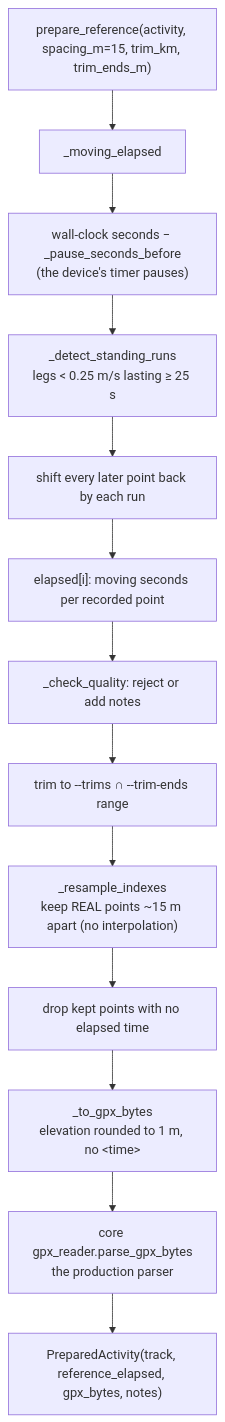
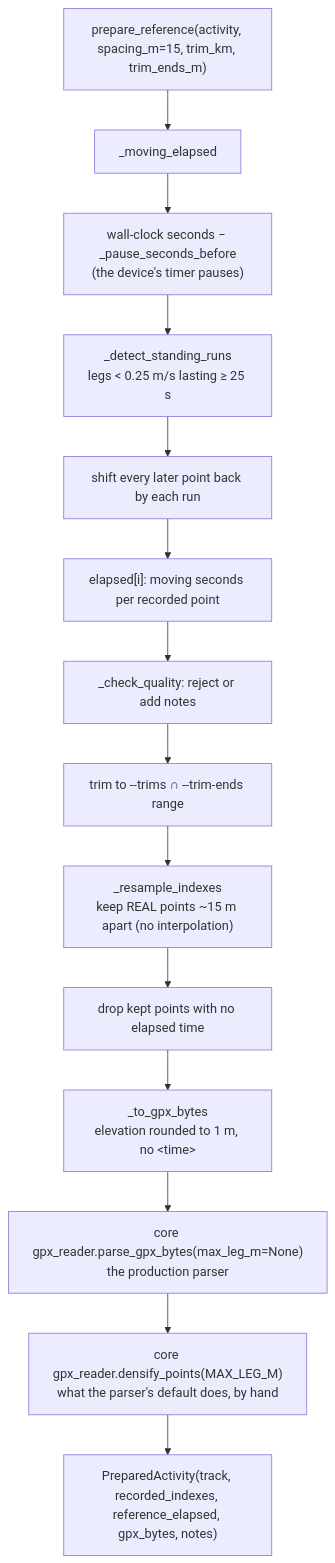
One commit to martin-iflap/GPX_to_FIT changed the ninth of 16 diagrams in docs/TUNING_ARCHITECTURE.md. Above: the diagram before and after it, drawn with Mermaid. The commit also changed other lines of this file and 7 other files, not shown here.

Commit message:
densify track for sparse .gpx files for better accuracy (also because fit writer writes at 1Hz). Harness uses this logic but compares only to real recorded points.

````diff
--- a/docs/TUNING_ARCHITECTURE.md
+++ b/docs/TUNING_ARCHITECTURE.md
@@ -393,16 +393,17 @@
 ```mermaid
 flowchart TD
   pr["prepare_reference(activity, spacing_m=15, trim_km, trim_ends_m)"]
   pr --> me["_moving_elapsed"]
   me --> psb["wall-clock seconds − _pause_seconds_before<br/>(the device's timer pauses)"]
   psb --> dsr["_detect_standing_runs<br/>legs < 0.25 m/s lasting ≥ 25 s"]
   dsr --> shift["shift every later point back by each run"]
   shift --> el["elapsed[i]: moving seconds per recorded point"]
   el --> cq["_check_quality: reject or add notes"]
   cq --> trim["trim to --trims ∩ --trim-ends range"]
   trim --> rs["_resample_indexes<br/>keep REAL points ~15 m apart (no interpolation)"]
   rs --> dd["drop kept points with no elapsed time"]
   dd --> gpx["_to_gpx_bytes<br/>elevation rounded to 1 m, no &lt;time&gt;"]
-  gpx --> parse["core gpx_reader.parse_gpx_bytes<br/>the production parser"]
-  parse --> PA["PreparedActivity(track, reference_elapsed, gpx_bytes, notes)"]
+  gpx --> parse["core gpx_reader.parse_gpx_bytes(max_leg_m=None)<br/>the production parser"]
+  parse --> dens["core gpx_reader.densify_points(MAX_LEG_M)<br/>what the parser's default does, by hand"]
+  dens --> PA["PreparedActivity(track, recorded_indexes, reference_elapsed, gpx_bytes, notes)"]
 ```
````
